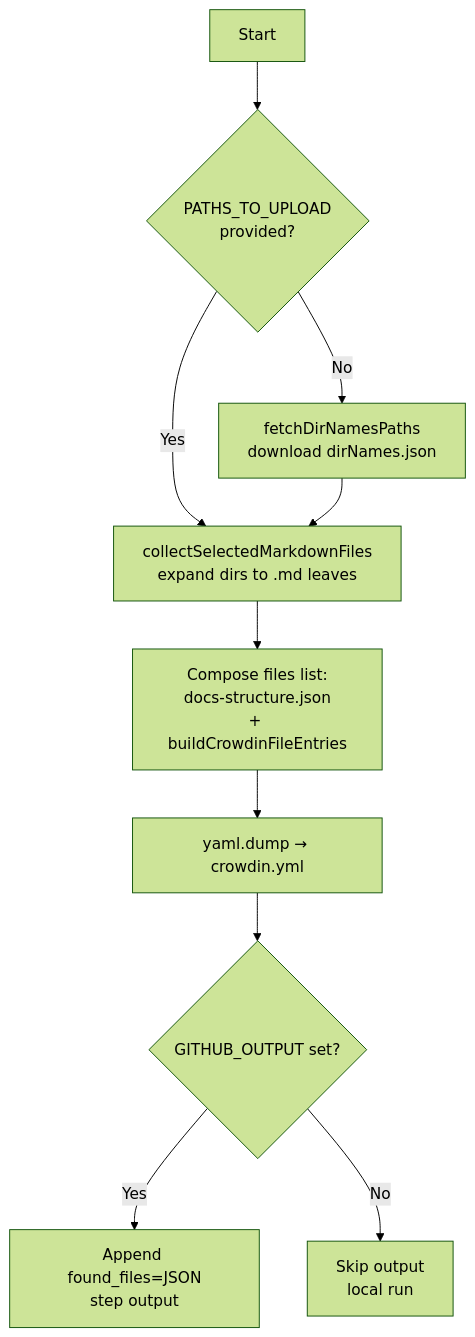
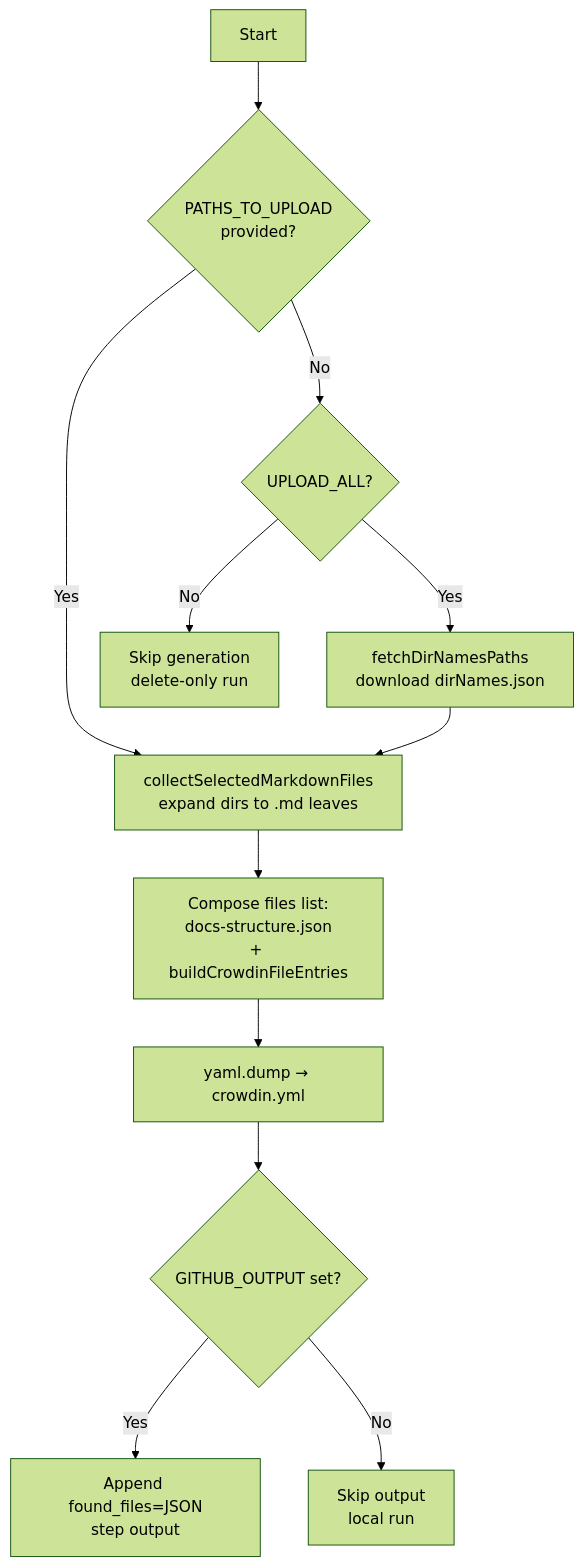
One commit to pagopa/devportal-docs changed the fourth of 5 diagrams in upload_sources_to_crowdin_workflow.md. Above: the diagram before and after it, drawn with Mermaid (forest theme). The commit also changed other lines of this file and 5 other files, not shown here.

Commit message:
chore: enhance upload_sources_to_crowdin workflow with upload_all option and input validation

````diff
--- a/upload_sources_to_crowdin_workflow.md
+++ b/upload_sources_to_crowdin_workflow.md
@@ -175,12 +183,14 @@
 ```mermaid
 flowchart TD
     A[Start] --> B{PATHS_TO_UPLOAD<br/>provided?}
     B -- Yes --> C[collectSelectedMarkdownFiles<br/>expand dirs to .md leaves]
-    B -- No --> N[fetchDirNamesPaths<br/>download dirNames.json]
+    B -- No --> U{UPLOAD_ALL?}
+    U -- Yes --> N[fetchDirNamesPaths<br/>download dirNames.json]
+    U -- No --> X[Skip generation<br/>delete-only run]
     N --> C
     C --> E[Compose files list:<br/>docs-structure.json<br/>+ buildCrowdinFileEntries]
     E --> F[yaml.dump → crowdin.yml]
     F --> G{GITHUB_OUTPUT set?}
     G -- Yes --> H[Append found_files=JSON<br/>step output]
     G -- No --> I[Skip output<br/>local run]
 ```
````
